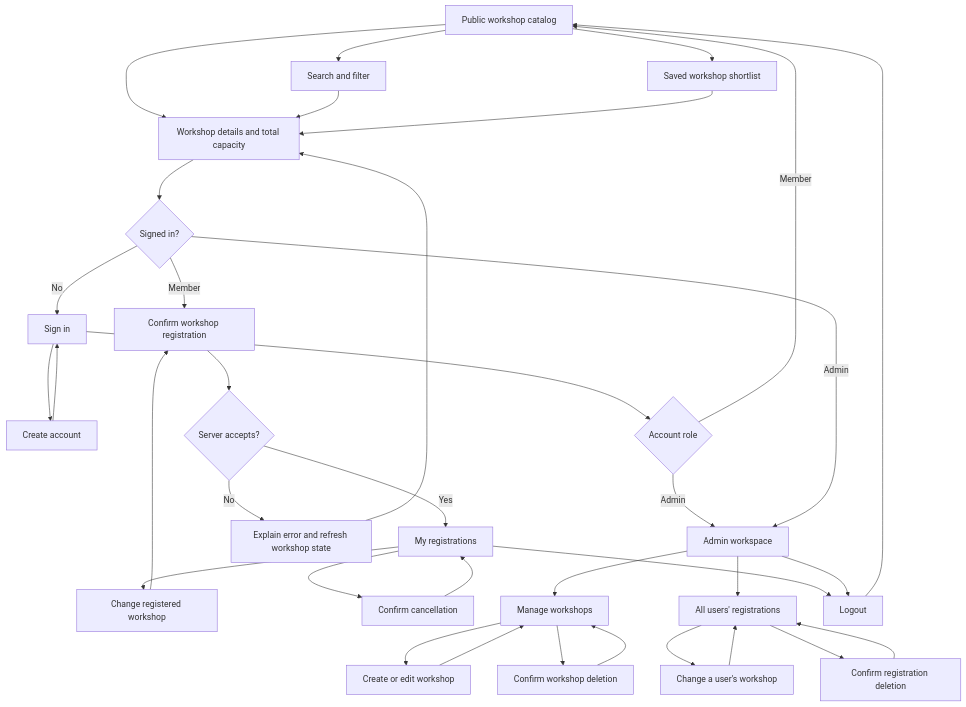
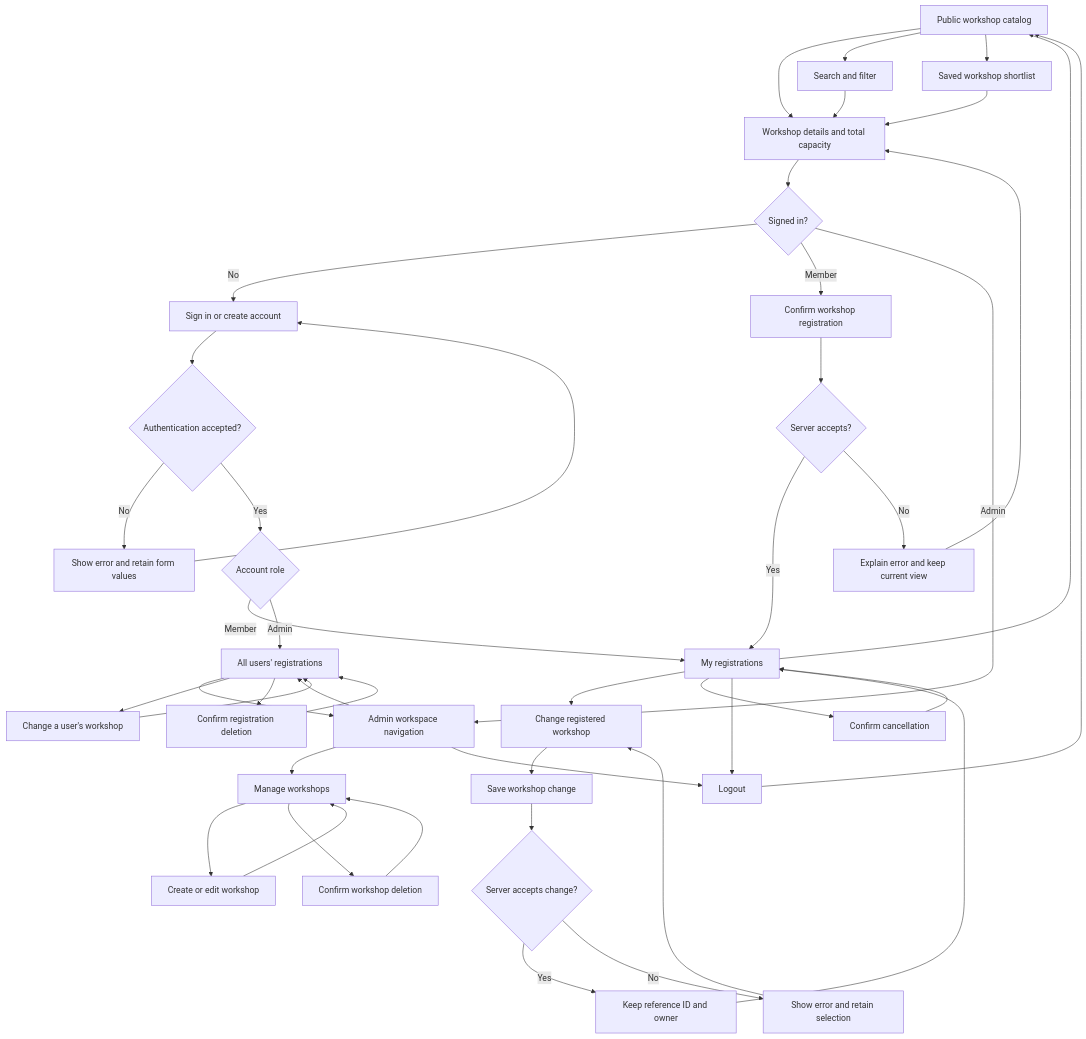
One commit to Champy2005/SW_DEV_PRAC_ii_Term_Project changed the diagram in docs/ui-flow.md. Above: the diagram before and after it, drawn with Mermaid. The commit also changed other lines of this file and 35 other files, not shown here.

First line of the commit message:
WR-001-003, WR-012: delivery plan, readable accounts, truthful confirmation, UI flow

````diff
--- a/docs/ui-flow.md
+++ b/docs/ui-flow.md
@@ -5,38 +7,46 @@
 ```mermaid
 flowchart TD
     Catalog[Public workshop catalog] --> Detail[Workshop details and total capacity]
     Catalog --> Search[Search and filter]
     Search --> Detail
     Catalog --> Saved[Saved workshop shortlist]
     Saved --> Detail
     Detail --> Session{Signed in?}
-    Session -->|No| Login[Sign in]
-    Login --> Signup[Create account]
-    Signup --> Login
-    Login --> Role{Account role}
+    Session -->|No| Auth[Sign in or create account]
+    Auth --> AuthResult{Authentication accepted?}
+    AuthResult -->|No| AuthError[Show error and retain form values]
+    AuthError --> Auth
+    AuthResult -->|Yes| Role{Account role}
     Session -->|Member| Register[Confirm workshop registration]
-    Role -->|Member| Catalog
+    Role -->|Member| Mine
     Register --> Result{Server accepts?}
     Result -->|Yes| Mine[My registrations]
-    Result -->|No| RuleError[Explain error and refresh workshop state]
+    Result -->|No| RuleError[Explain error and keep current view]
     RuleError --> Detail
     Mine --> Move[Change registered workshop]
-    Move --> Register
+    Mine --> Catalog
+    Move --> SaveMove[Save workshop change]
+    SaveMove --> MoveResult{Server accepts change?}
+    MoveResult -->|Yes| SameReference[Keep reference ID and owner]
+    SameReference --> Mine
+    MoveResult -->|No| MoveError[Show error and retain selection]
+    MoveError --> Move
     Mine --> Cancel[Confirm cancellation]
     Cancel --> Mine
-    Role -->|Admin| Admin[Admin workspace]
+    Role -->|Admin| Registrations[All users' registrations]
+    Registrations --> Admin[Admin workspace navigation]
     Session -->|Admin| Admin
     Admin --> Workshops[Manage workshops]
     Workshops --> WorkshopForm[Create or edit workshop]
     WorkshopForm --> Workshops
     Workshops --> DeleteWorkshop[Confirm workshop deletion]
     DeleteWorkshop --> Workshops
-    Admin --> Registrations[All users' registrations]
+    Admin --> Registrations
     Registrations --> AdminMove[Change a user's workshop]
     AdminMove --> Registrations
     Registrations --> AdminCancel[Confirm registration deletion]
     AdminCancel --> Registrations
     Mine --> Logout[Logout]
     Admin --> Logout
     Logout --> Catalog
 ```
````
